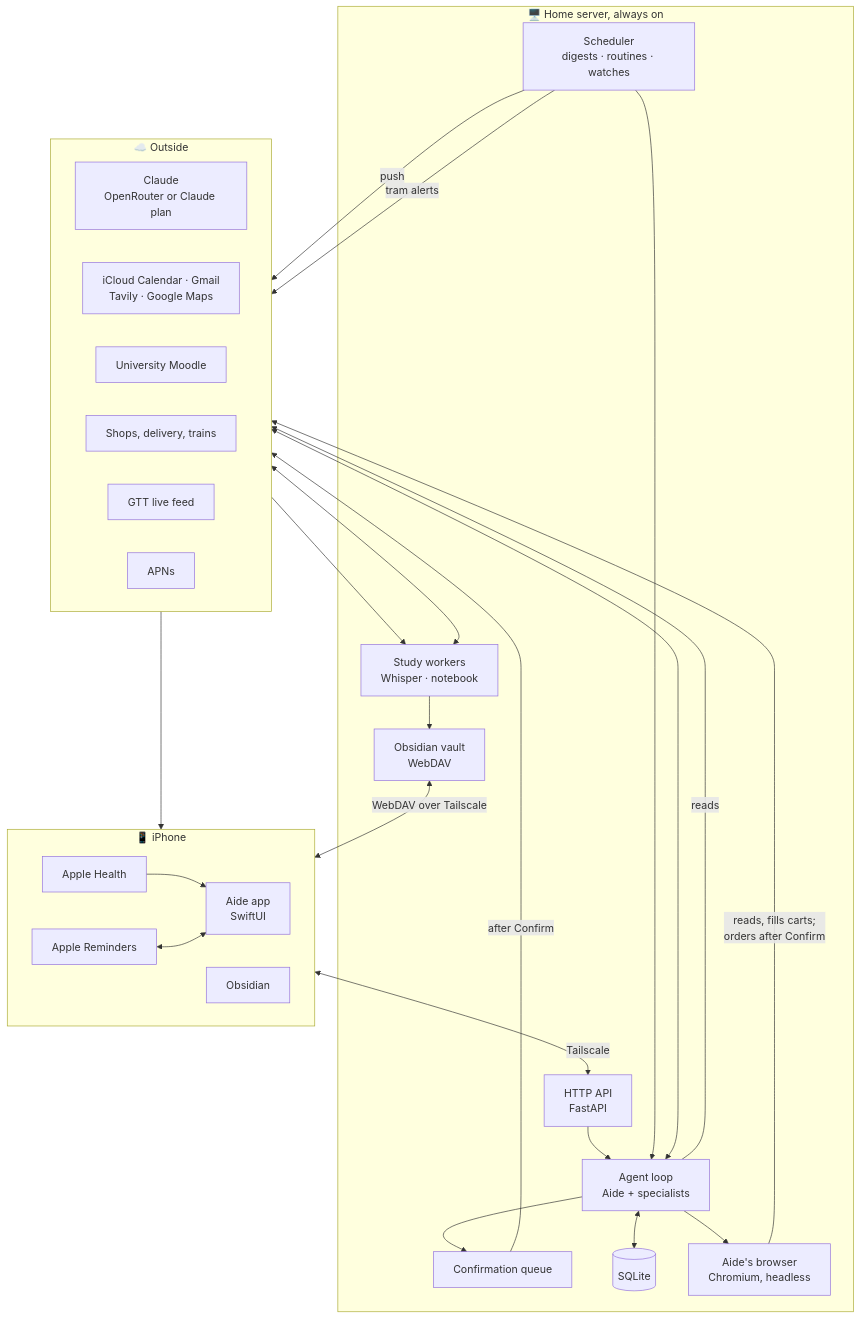
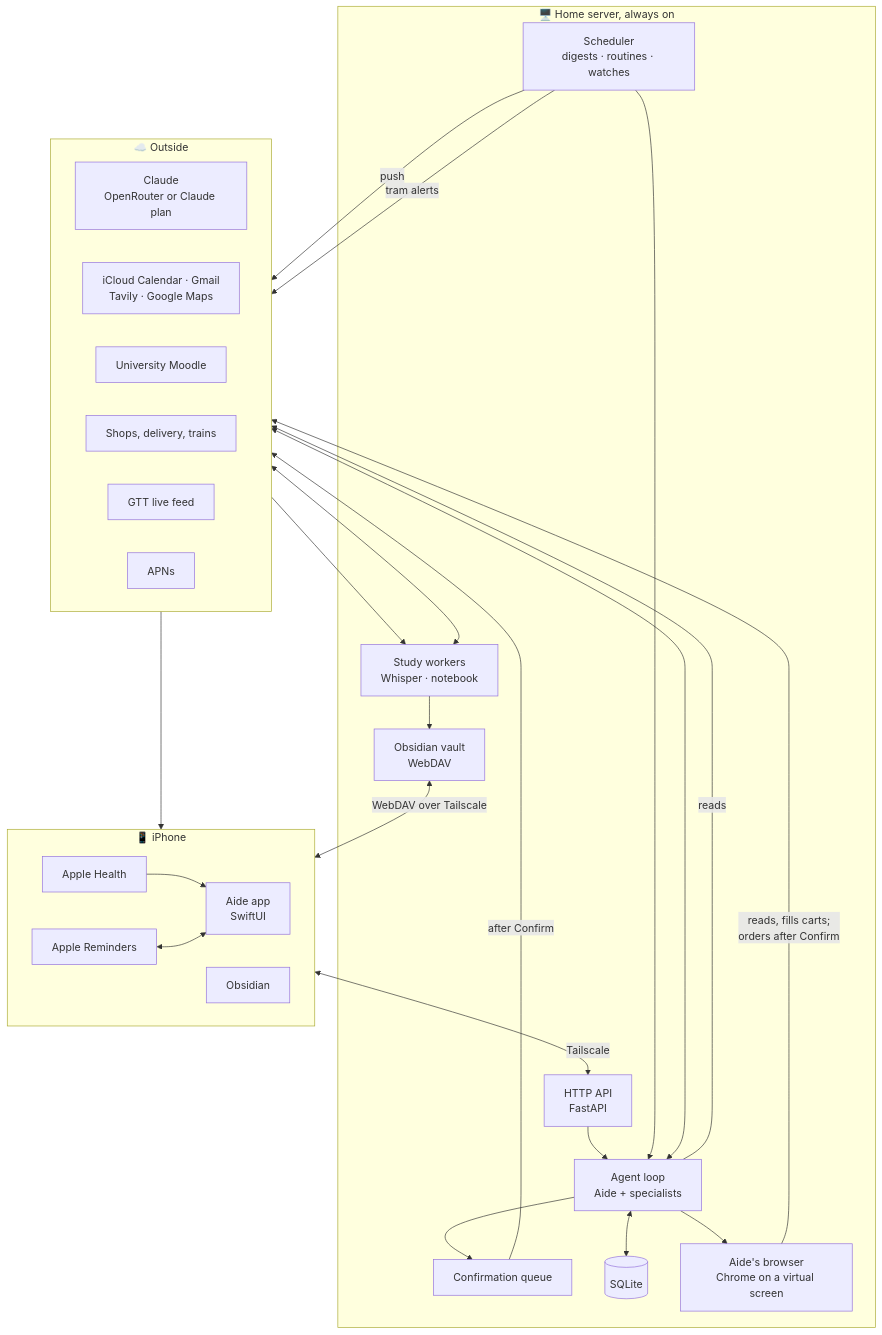
The first of 3 diagrams in README.md (filippocappa/aide), drawn with Mermaid before and after one commit. The commit also changed other lines of this file, not shown here.

Commit message:
README: exam plan and tomorrow's plan, nudges, Aide Guard, offline chats, router, UniTo timetable, full module list

````diff
--- a/README.md
+++ b/README.md
@@ -88,45 +105,45 @@
 ```mermaid
 flowchart TB
     subgraph Phone["📱 iPhone"]
         direction LR
         HK["Apple Health"] --> App["Aide app<br/>SwiftUI"]
         EK["Apple Reminders"] <--> App
         Obs["Obsidian"]
     end
 
     subgraph Server["🖥️ Home server, always on"]
         API["HTTP API<br/>FastAPI"]
         Sched["Scheduler<br/>digests · routines · watches"]
         Loop["Agent loop<br/>Aide + specialists"]
         Queue["Confirmation queue"]
         DB[("SQLite")]
         Workers["Study workers<br/>Whisper · notebook"]
         Vault["Obsidian vault<br/>WebDAV"]
-        Browser["Aide's browser<br/>Chromium, headless"]
+        Browser["Aide's browser<br/>Chrome on a virtual screen"]
     end
 
     subgraph Outside["☁️ Outside"]
         direction LR
         LLM["Claude<br/>OpenRouter or Claude plan"]
         Services["iCloud Calendar · Gmail<br/>Tavily · Google Maps"]
         Moodle["University Moodle"]
         Sites["Shops, delivery, trains"]
         GTT["GTT live feed"]
         APNs["APNs"]
     end
 
     App <-->|"Tailscale"| API
     API --> Loop
     Sched --> Loop
     Loop <--> DB
     Loop <--> LLM
     Loop -->|"reads"| Services
     Loop --> Queue -->|"after Confirm"| Services
     Moodle --> Workers
     Workers <--> LLM
     Workers --> Vault
     Vault <-->|"WebDAV over Tailscale"| Obs
     Sched -->|"push"| APNs --> App
     Loop --> Browser -->|"reads, fills carts;<br/>orders after Confirm"| Sites
     Sched -->|"tram alerts"| GTT
 ```
````
